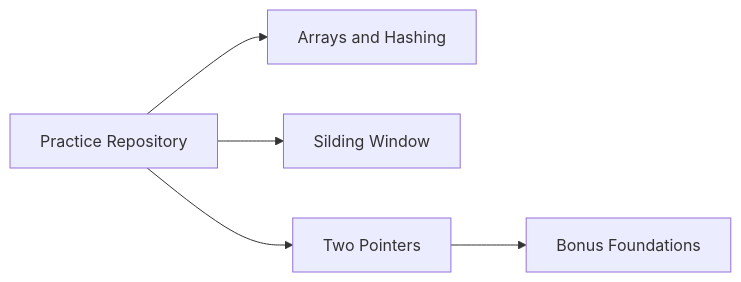
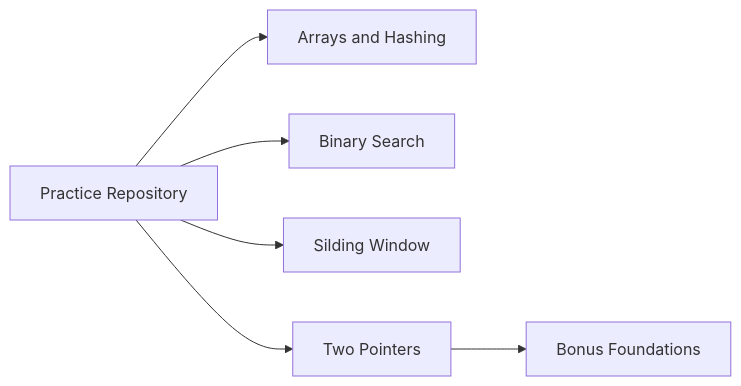
One commit to halcyon-past/SDE_PRACTICE_SHEET-MASTERY changed the second of 2 diagrams in README.md. Above: the diagram before and after it, drawn with Mermaid. The commit also changed other lines of this file and 1 other file, not shown here.

````diff
--- a/README.md
+++ b/README.md
@@ -30,8 +31,9 @@
 ```mermaid
 graph LR
     A[Practice Repository]
     A --> T1[Arrays and Hashing]
-    A --> T2[Silding Window]
-    A --> T3[Two Pointers]
-    T3 --> B1[Bonus Foundations]
+    A --> T2[Binary Search]
+    A --> T3[Silding Window]
+    A --> T4[Two Pointers]
+    T4 --> B1[Bonus Foundations]
 ```
````
